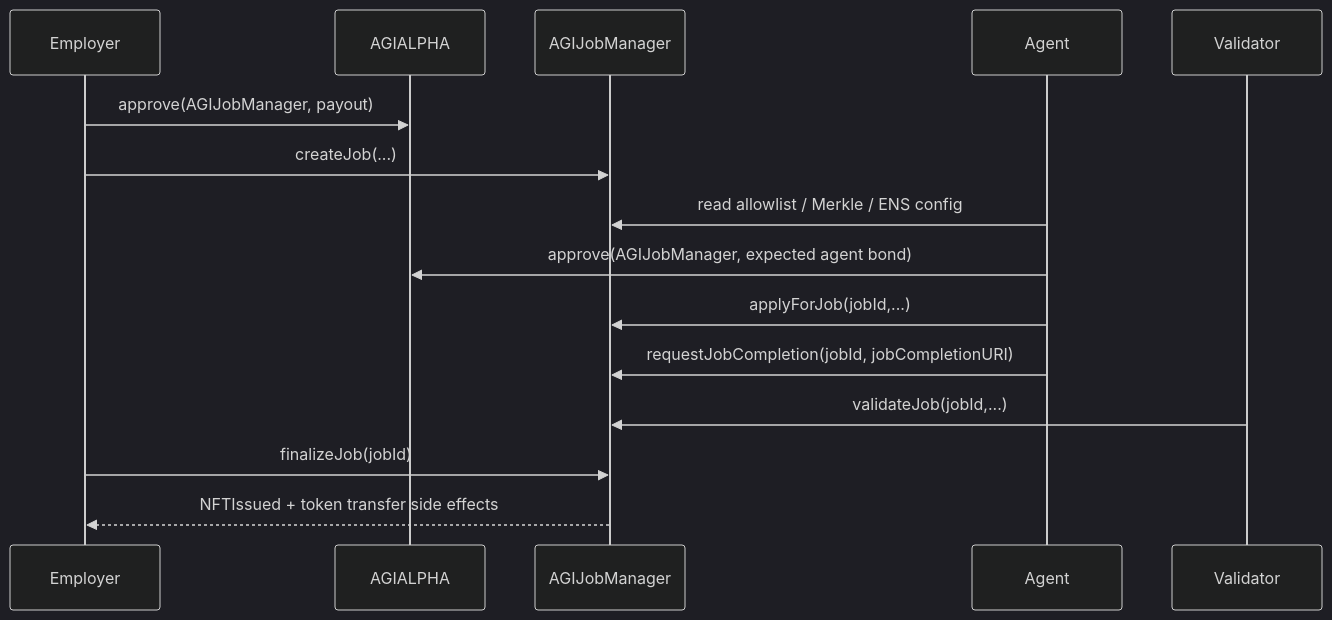
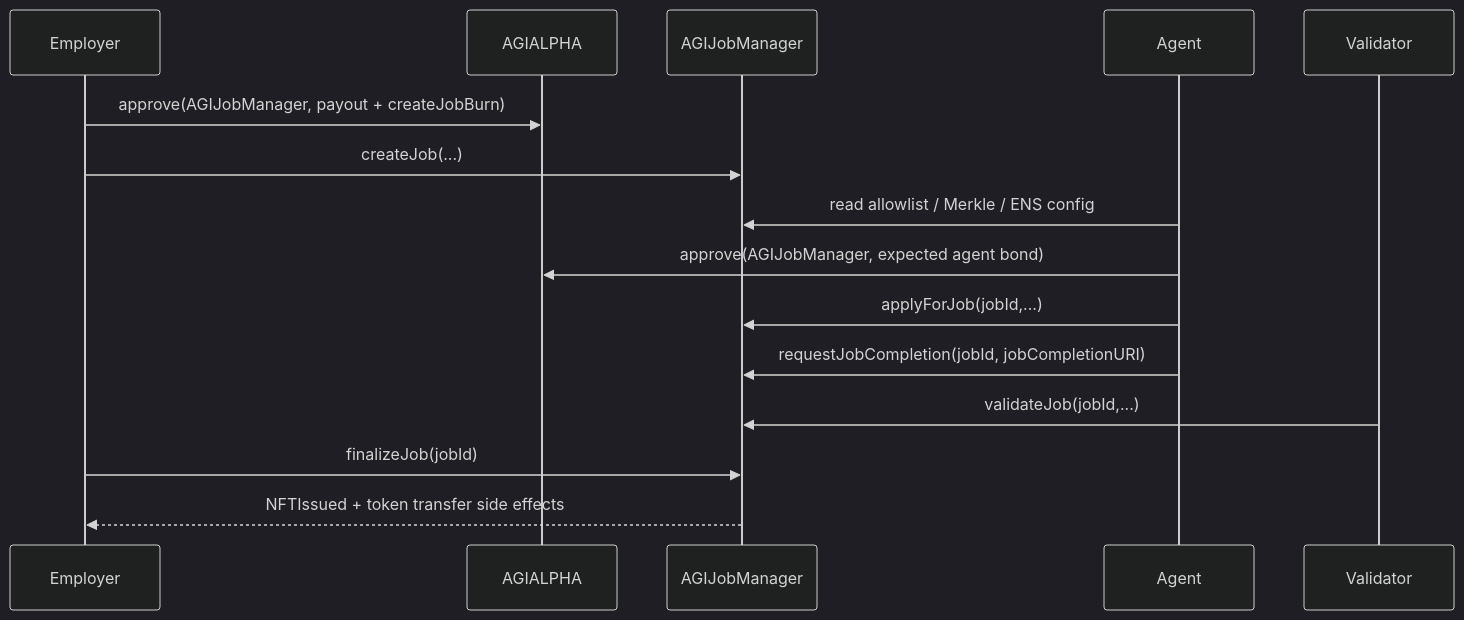
The second of 4 diagrams in docs/OPERATIONS/JOB_LIFECYCLE_ETHERSCAN_GUIDE.md (MontrealAI/AGIJobManager-EmployerBurn), drawn with Mermaid (dark theme) before and after one commit. The commit also changed other lines of this file, not shown here.

Commit message:
docs: align lifecycle etherscan guide with createJob-only burn semantics

````diff
--- a/docs/OPERATIONS/JOB_LIFECYCLE_ETHERSCAN_GUIDE.md
+++ b/docs/OPERATIONS/JOB_LIFECYCLE_ETHERSCAN_GUIDE.md
@@ -41,18 +42,18 @@
 ```mermaid
 sequenceDiagram
     participant Employer
     participant Token as AGIALPHA
     participant Mgr as AGIJobManager
     participant Agent
     participant Validator
 
-    Employer->>Token: approve(AGIJobManager, payout)
+    Employer->>Token: approve(AGIJobManager, payout + createJobBurn)
     Employer->>Mgr: createJob(...)
     Agent->>Mgr: read allowlist / Merkle / ENS config
     Agent->>Token: approve(AGIJobManager, expected agent bond)
     Agent->>Mgr: applyForJob(jobId,...)
     Agent->>Mgr: requestJobCompletion(jobId, jobCompletionURI)
     Validator->>Mgr: validateJob(jobId,...)
     Employer->>Mgr: finalizeJob(jobId)
     Mgr-->>Employer: NFTIssued + token transfer side effects
 ```
````
